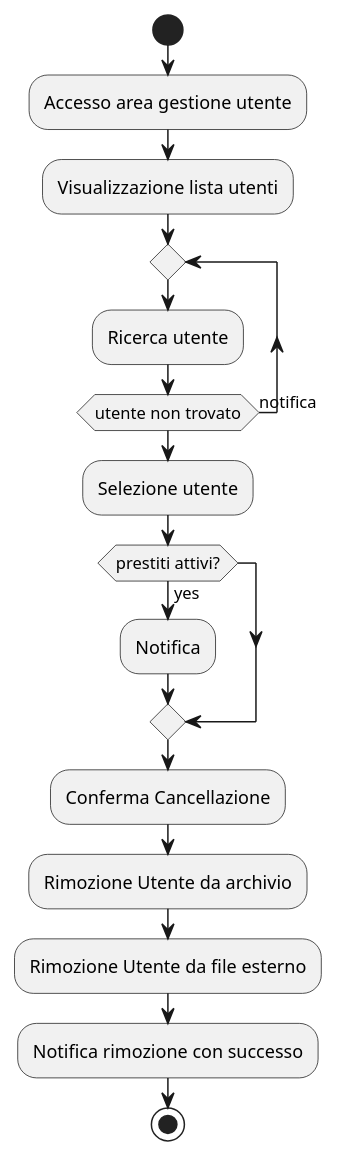
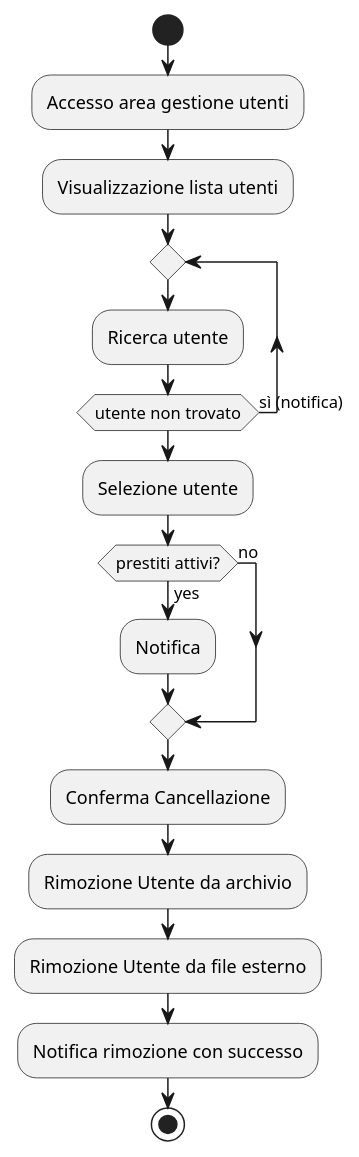
The diagram in Progettazione/AllDiagramsCode/ActivityDiagramsCode/CancellazioneUtente.wsd (amalinconico6-cpu/Biblioteca_universitaria_10), drawn with PlantUML before and after one commit. The commit also changed 19 other files, not shown here.

```diff
--- a/Progettazione/AllDiagramsCode/ActivityDiagramsCode/CancellazioneUtente.wsd
+++ b/Progettazione/AllDiagramsCode/ActivityDiagramsCode/CancellazioneUtente.wsd
@@ -1,20 +1,21 @@
 @startuml CancellazioneUtente
 start 
-:Accesso area gestione utente;
+:Accesso area gestione utenti;
 :Visualizzazione lista utenti;
 repeat 
 :Ricerca utente;
-repeat while (utente non trovato) is (notifica)
+repeat while (utente non trovato) is (sì (notifica))
 
 :Selezione utente;
 if(prestiti attivi?) then (yes)
 :Notifica;
+else (no)
 endif
 
 :Conferma Cancellazione;
 :Rimozione Utente da archivio;
 :Rimozione Utente da file esterno;
 :Notifica rimozione con successo;
 
 stop 
 @enduml 
```
